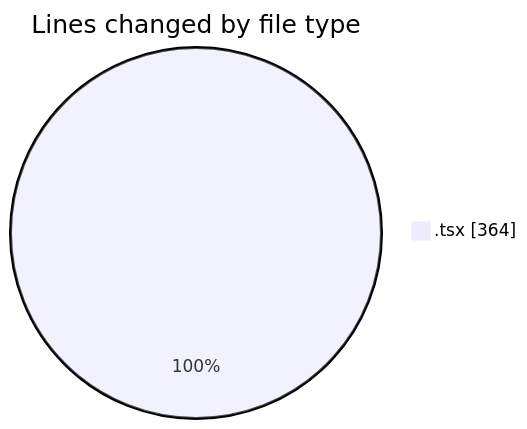
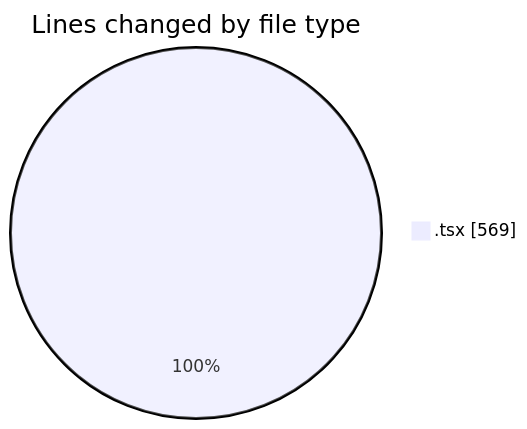
One commit to nxtqubesakshisongat/code-tracking changed the first of 2 diagrams in 2026-04-09/airfeed-analytics-dashboard/README.md. Above: the diagram before and after it, drawn with Mermaid. The commit also changed other lines of this file and 1 other file, not shown here.

````diff
--- a/2026-04-09/airfeed-analytics-dashboard/README.md
+++ b/2026-04-09/airfeed-analytics-dashboard/README.md
@@ -25,5 +25,5 @@
 ```mermaid
 pie showData
 title Lines changed by file type
-".tsx" : 364
+".tsx" : 569
 ```
````
